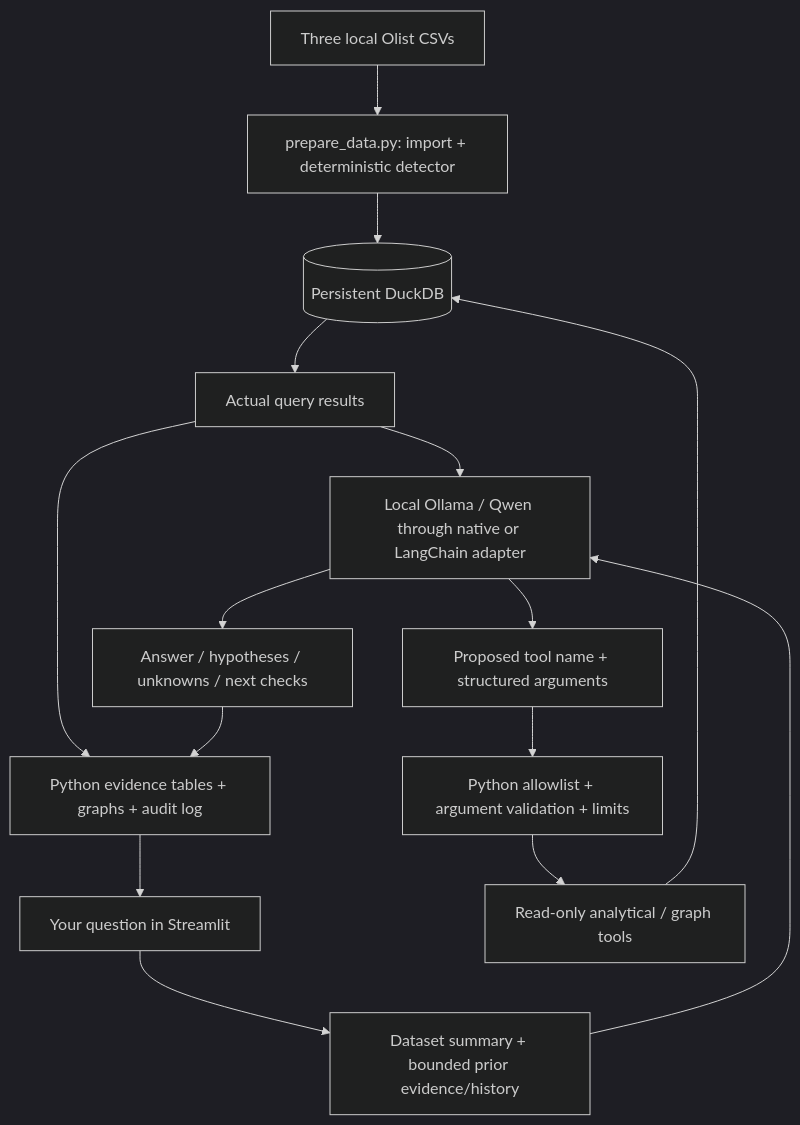
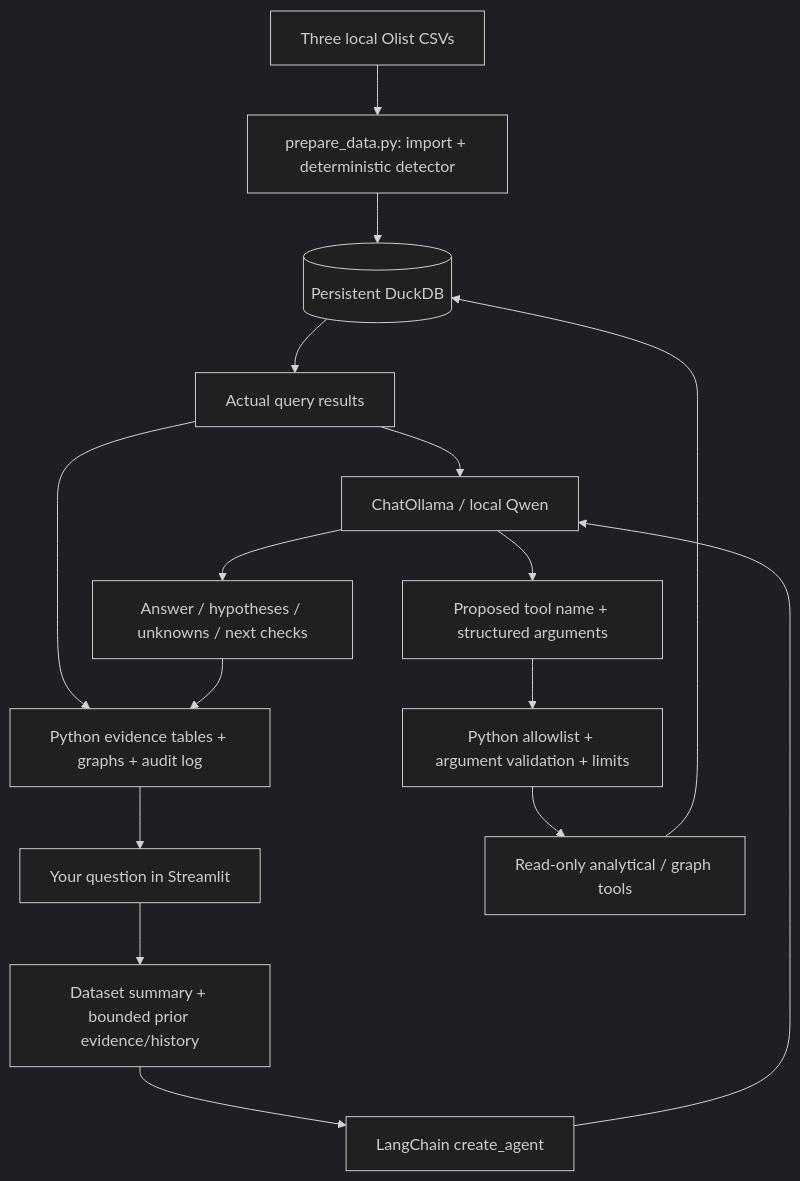
The diagram in docs/AGENT_GUIDE.md (JOk3r01001/Incident-intelligence-agent), drawn with Mermaid (dark theme) before and after one commit. The commit also changed other lines of this file and 10 other files, not shown here.

````diff
--- a/docs/AGENT_GUIDE.md
+++ b/docs/AGENT_GUIDE.md
@@ -32,17 +32,18 @@
 ```mermaid
 flowchart TD
     CSV[Three local Olist CSVs] --> Setup[prepare_data.py: import + deterministic detector]
     Setup --> DB[(Persistent DuckDB)]
     User[Your question in Streamlit] --> Context[Dataset summary + bounded prior evidence/history]
-    Context --> Model[Local Ollama / Qwen through native or LangChain adapter]
+    Context --> Agent[LangChain create_agent]
+    Agent --> Model[ChatOllama / local Qwen]
     Model --> Proposal[Proposed tool name + structured arguments]
     Proposal --> Validate[Python allowlist + argument validation + limits]
     Validate --> Tools[Read-only analytical / graph tools]
     Tools --> DB
     DB --> Evidence[Actual query results]
     Evidence --> Model
     Evidence --> UI[Python evidence tables + graphs + audit log]
     Model --> Interpretation[Answer / hypotheses / unknowns / next checks]
     Interpretation --> UI
     UI --> User
 ```
````
